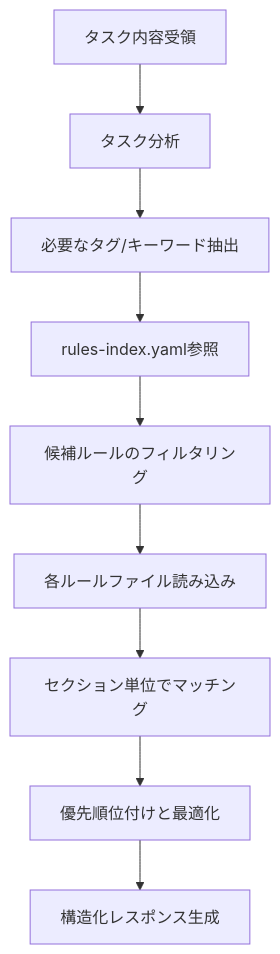
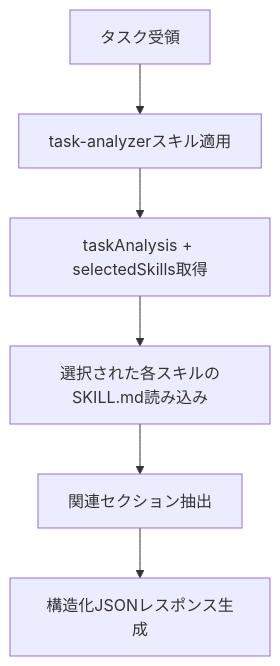
One commit to shinpr/ai-coding-project-boilerplate changed the diagram in .claude/agents-ja/rule-advisor.md. Above: the diagram before and after it, drawn with Mermaid. The commit also changed other lines of this file and 125 other files, not shown here.

````diff
--- a/.claude/agents-ja/rule-advisor.md
+++ b/.claude/agents-ja/rule-advisor.md
@@ -46,11 +12,8 @@
 ```mermaid
 graph TD
-    A[タスク内容受領] --> B[タスク分析]
-    B --> C[必要なタグ/キーワード抽出]
-    C --> D[rules-index.yaml参照]
-    D --> E[候補ルールのフィルタリング]
-    E --> F[各ルールファイル読み込み]
-    F --> G[セクション単位でマッチング]
-    G --> H[優先順位付けと最適化]
-    H --> I[構造化レスポンス生成]
+    A[タスク受領] --> B[task-analyzerスキル適用]
+    B --> C[taskAnalysis + selectedSkills取得]
+    C --> D[選択された各スキルのSKILL.md読み込み]
+    D --> E[関連セクション抽出]
+    E --> F[構造化JSONレスポンス生成]
 ```
````
